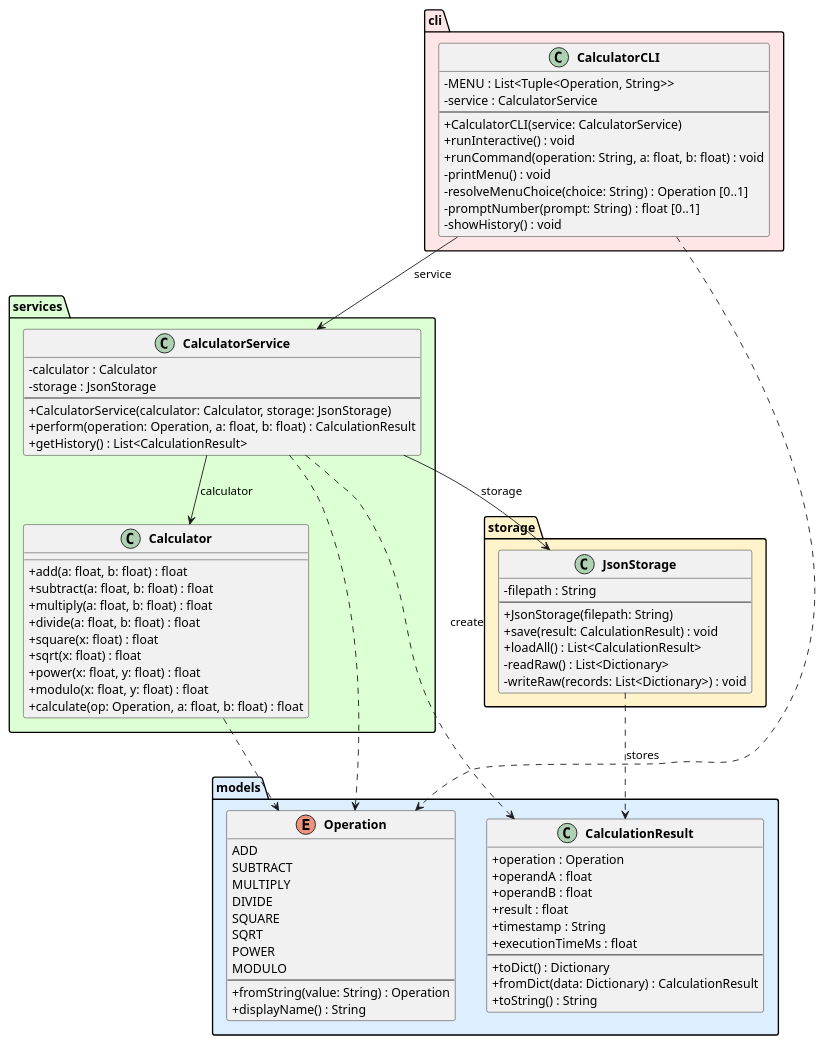
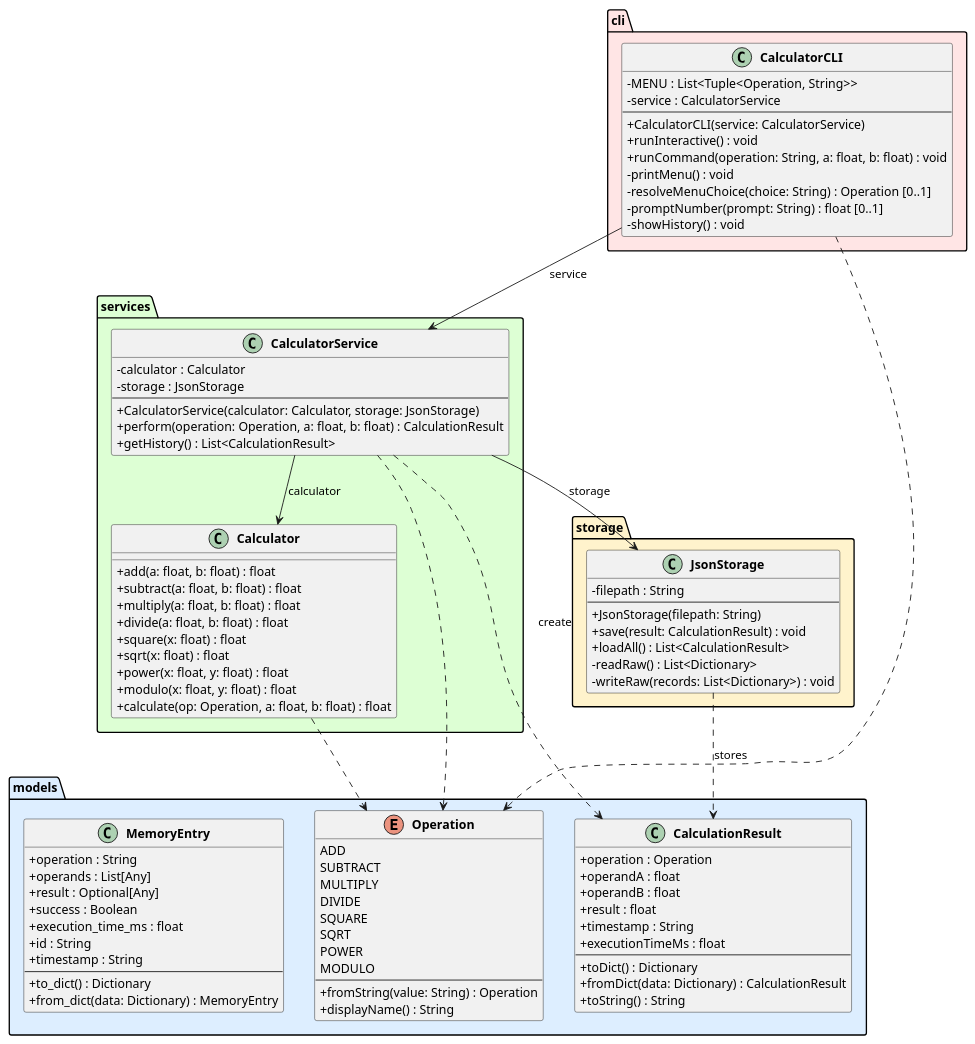
The diagram in experiments/broadcast/test_driven/calculator/artifacts/class_diagram.puml (DanielRiha8906/Software_autoevolution_using_agents), drawn with PlantUML before and after one commit. The commit also changed 3 other files, not shown here.

```diff
--- a/experiments/broadcast/test_driven/calculator/artifacts/class_diagram.puml
+++ b/experiments/broadcast/test_driven/calculator/artifacts/class_diagram.puml
@@ -1,95 +1,108 @@
 @startuml class_diagram
 
 skinparam classAttributeIconSize 0
 skinparam classFontStyle bold
 
 package "models" #DDEEFF {
     enum Operation {
         ADD
         SUBTRACT
         MULTIPLY
         DIVIDE
         SQUARE
         SQRT
         POWER
         MODULO
         --
         +fromString(value: String) : Operation
         +displayName() : String
     }
 
     class CalculationResult {
         +operation : Operation
         +operandA : float
         +operandB : float
         +result : float
         +timestamp : String
         +executionTimeMs : float
         --
         +toDict() : Dictionary
         +fromDict(data: Dictionary) : CalculationResult
         +toString() : String
+    }
+
+    class MemoryEntry {
+        +operation : String
+        +operands : List[Any]
+        +result : Optional[Any]
+        +success : Boolean
+        +execution_time_ms : float
+        +id : String
+        +timestamp : String
+        --
+        +to_dict() : Dictionary
+        +from_dict(data: Dictionary) : MemoryEntry
     }
 }
 
 package "services" #DDFFD4 {
     class Calculator {
         +add(a: float, b: float) : float
         +subtract(a: float, b: float) : float
         +multiply(a: float, b: float) : float
         +divide(a: float, b: float) : float
         +square(x: float) : float
         +sqrt(x: float) : float
         +power(x: float, y: float) : float
         +modulo(x: float, y: float) : float
         +calculate(op: Operation, a: float, b: float) : float
     }
 
     class CalculatorService {
         -calculator : Calculator
         -storage : JsonStorage
         --
         +CalculatorService(calculator: Calculator, storage: JsonStorage)
         +perform(operation: Operation, a: float, b: float) : CalculationResult
         +getHistory() : List<CalculationResult>
     }
 }
 
 package "storage" #FFF3CC {
     class JsonStorage {
         -filepath : String
         --
         +JsonStorage(filepath: String)
         +save(result: CalculationResult) : void
         +loadAll() : List<CalculationResult>
         -readRaw() : List<Dictionary>
         -writeRaw(records: List<Dictionary>) : void
     }
 }
 
 package "cli" #FFE5E5 {
     class CalculatorCLI {
         -MENU : List<Tuple<Operation, String>>
         -service : CalculatorService
         --
         +CalculatorCLI(service: CalculatorService)
         +runInteractive() : void
         +runCommand(operation: String, a: float, b: float) : void
         -printMenu() : void
         -resolveMenuChoice(choice: String) : Operation [0..1]
         -promptNumber(prompt: String) : float [0..1]
         -showHistory() : void
     }
 }
 
 CalculatorCLI --> CalculatorService : service
 CalculatorService --> Calculator : calculator
 CalculatorService --> JsonStorage : storage
 
 CalculatorService ..> CalculationResult : create
 CalculatorService ..> Operation
 CalculatorCLI ..> Operation
 Calculator ..> Operation
 JsonStorage ..> CalculationResult : stores
 
 @enduml
```
